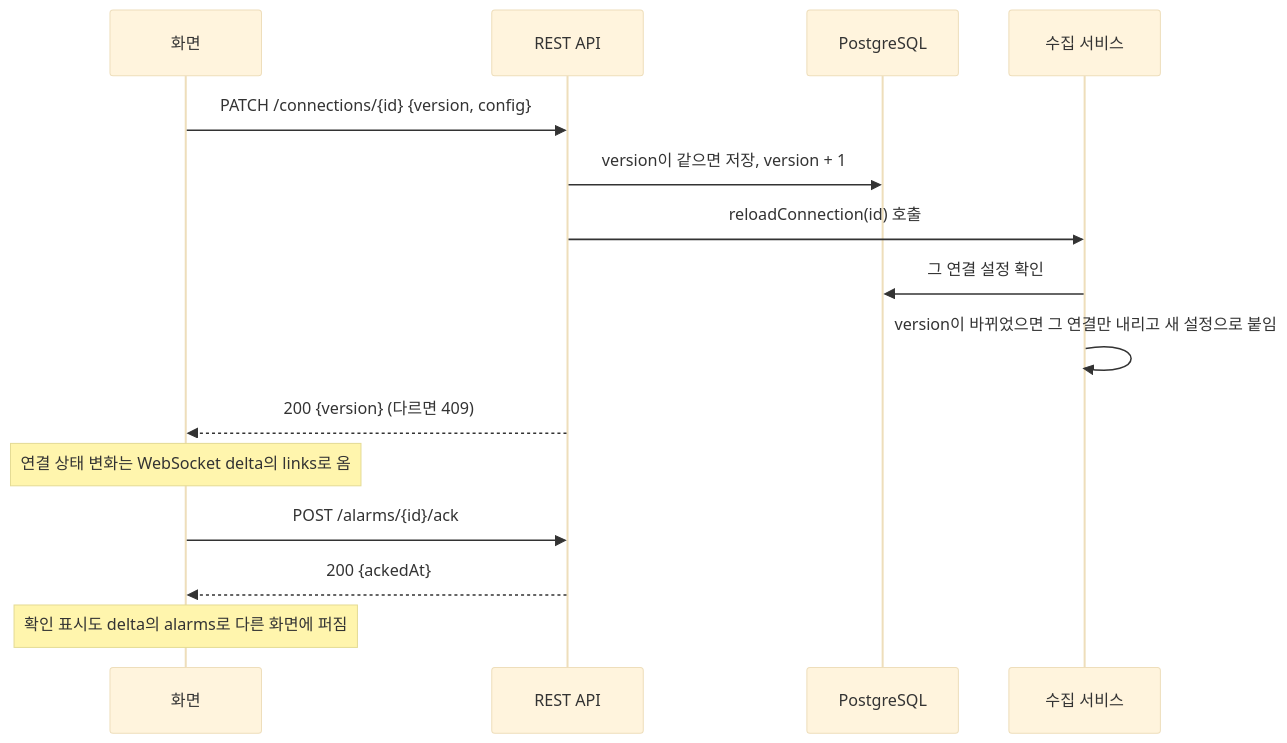
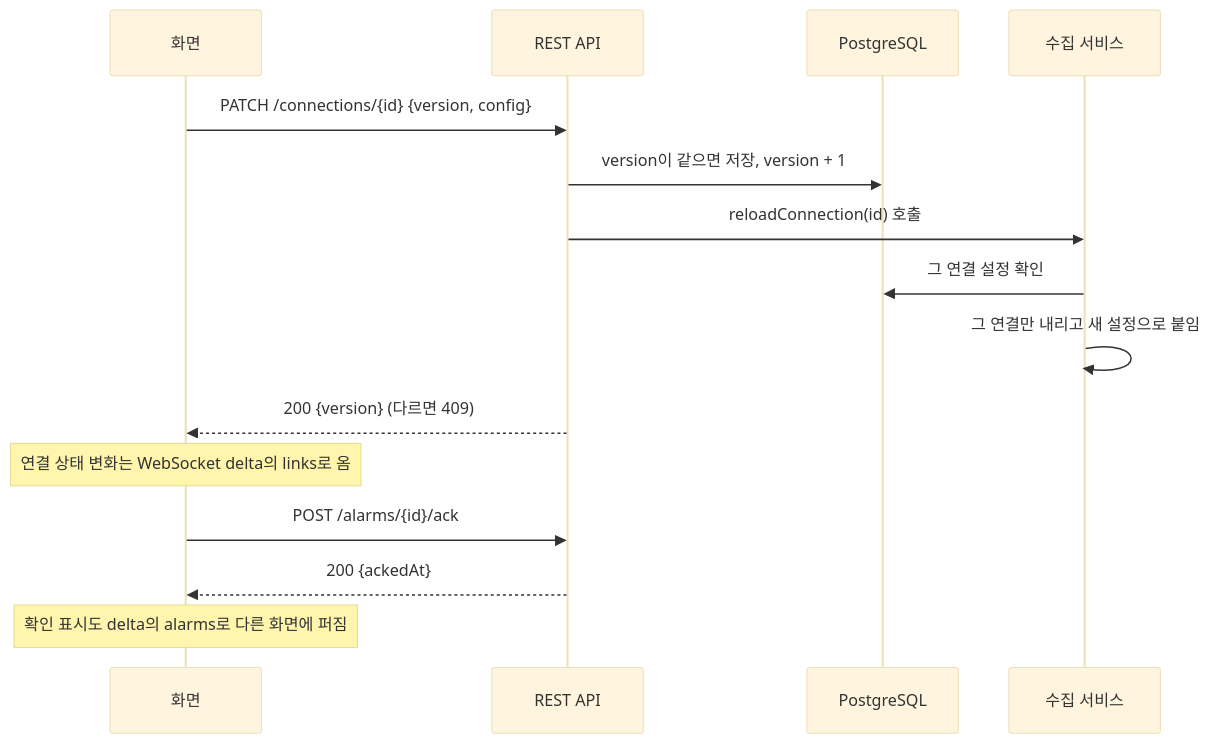
Before and after one commit to dksalsgus/agv-amr-control-middleware: the second of 3 diagrams in docs/design.md, drawn with Mermaid (base theme). The commit also changed 12 other files, not shown here.

````diff
--- a/docs/design.md
+++ b/docs/design.md
@@ -118,17 +118,17 @@
 ```mermaid
 sequenceDiagram
   participant W as 화면
   participant API as REST API
   participant DB as PostgreSQL
   participant SC as 수집 서비스
   W->>API: PATCH /connections/{id} {version, config}
   API->>DB: version이 같으면 저장, version + 1
   API->>SC: reloadConnection(id) 호출
   SC->>DB: 그 연결 설정 확인
-  SC->>SC: version이 바뀌었으면 그 연결만 내리고 새 설정으로 붙임
+  SC->>SC: 그 연결만 내리고 새 설정으로 붙임
   API-->>W: 200 {version} (다르면 409)
   Note over W: 연결 상태 변화는 WebSocket delta의 links로 옴
   W->>API: POST /alarms/{id}/ack
   API-->>W: 200 {ackedAt}
   Note over W: 확인 표시도 delta의 alarms로 다른 화면에 퍼짐
 ```
````
